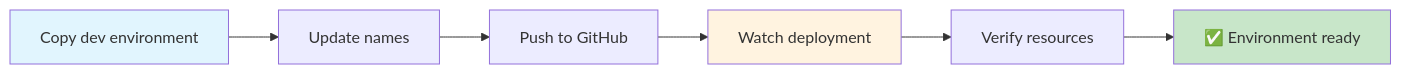
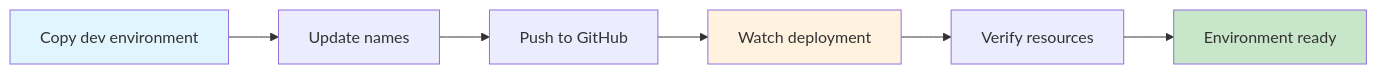
The seventh of 10 diagrams in SYSTEM_OVERVIEW.md (paraskanwarit/das-l4-infra-np), drawn with Mermaid before and after one commit. The commit also changed other lines of this file and 10 other files, not shown here.

````diff
--- a/SYSTEM_OVERVIEW.md
+++ b/SYSTEM_OVERVIEW.md
@@ -255,12 +255,12 @@
 ```mermaid
 graph LR
     A[Copy dev environment] --> B[Update names]
     B --> C[Push to GitHub]
     C --> D[Watch deployment]
     D --> E[Verify resources]
-    E --> F[✅ Environment ready]
+    E --> F[ Environment ready]
     
     style A fill:#e1f5fe
     style F fill:#c8e6c9
     style D fill:#fff3e0
 ```
````
